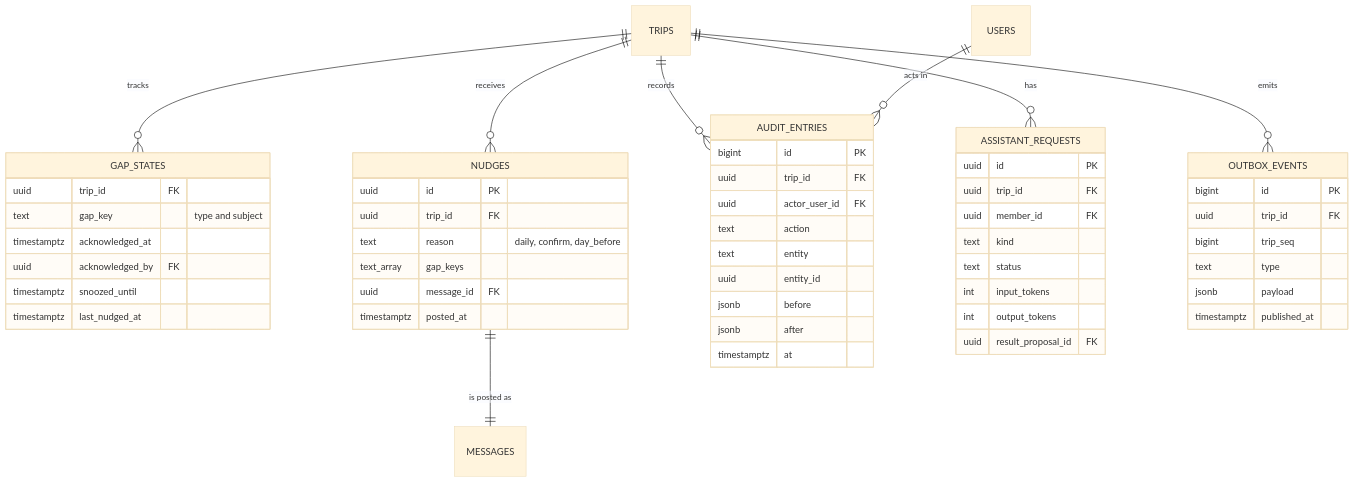
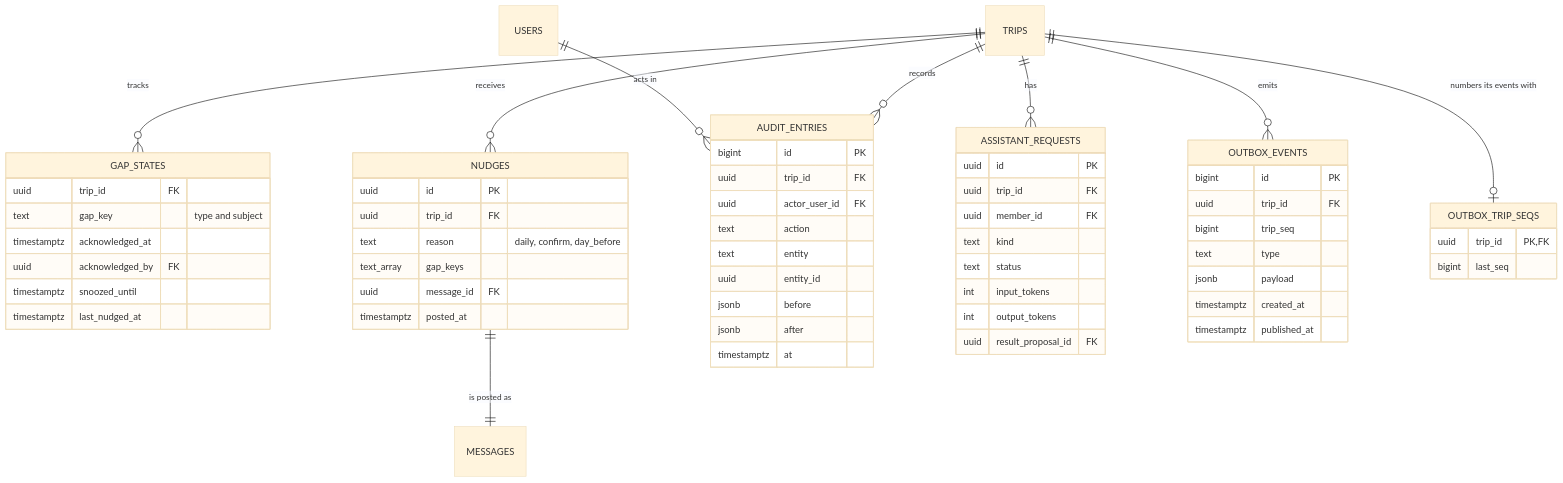
Before and after one commit to huynguyennang-agilityio/tripmate-docs: the fourth of 4 diagrams in docs/data-model.md, drawn with Mermaid (base theme). The commit also changed other lines of this file and 1 other file, not shown here.

First line of the commit message:
Outbox counter table: data-model.md 1.7, EPIC-11 spec 2.0

````diff
--- a/docs/data-model.md
+++ b/docs/data-model.md
@@ -278,56 +279,62 @@
 ```mermaid
 erDiagram
     TRIPS ||--o{ GAP_STATES : "tracks"
     TRIPS ||--o{ NUDGES : "receives"
     NUDGES ||--|| MESSAGES : "is posted as"
     TRIPS ||--o{ AUDIT_ENTRIES : "records"
     USERS ||--o{ AUDIT_ENTRIES : "acts in"
     TRIPS ||--o{ ASSISTANT_REQUESTS : "has"
     TRIPS ||--o{ OUTBOX_EVENTS : "emits"
+    TRIPS ||--o| OUTBOX_TRIP_SEQS : "numbers its events with"
 
     GAP_STATES {
         uuid trip_id FK
         text gap_key "type and subject"
         timestamptz acknowledged_at
         uuid acknowledged_by FK
         timestamptz snoozed_until
         timestamptz last_nudged_at
     }
     NUDGES {
         uuid id PK
         uuid trip_id FK
         text reason "daily, confirm, day_before"
         text_array gap_keys
         uuid message_id FK
         timestamptz posted_at
     }
     AUDIT_ENTRIES {
         bigint id PK
         uuid trip_id FK
         uuid actor_user_id FK
         text action
         text entity
         uuid entity_id
         jsonb before
         jsonb after
         timestamptz at
     }
     ASSISTANT_REQUESTS {
         uuid id PK
         uuid trip_id FK
         uuid member_id FK
         text kind
         text status
         int input_tokens
         int output_tokens
         uuid result_proposal_id FK
     }
     OUTBOX_EVENTS {
         bigint id PK
         uuid trip_id FK
         bigint trip_seq
         text type
         jsonb payload
+        timestamptz created_at
         timestamptz published_at
     }
+    OUTBOX_TRIP_SEQS {
+        uuid trip_id PK, FK
+        bigint last_seq
+    }
 ```
````
